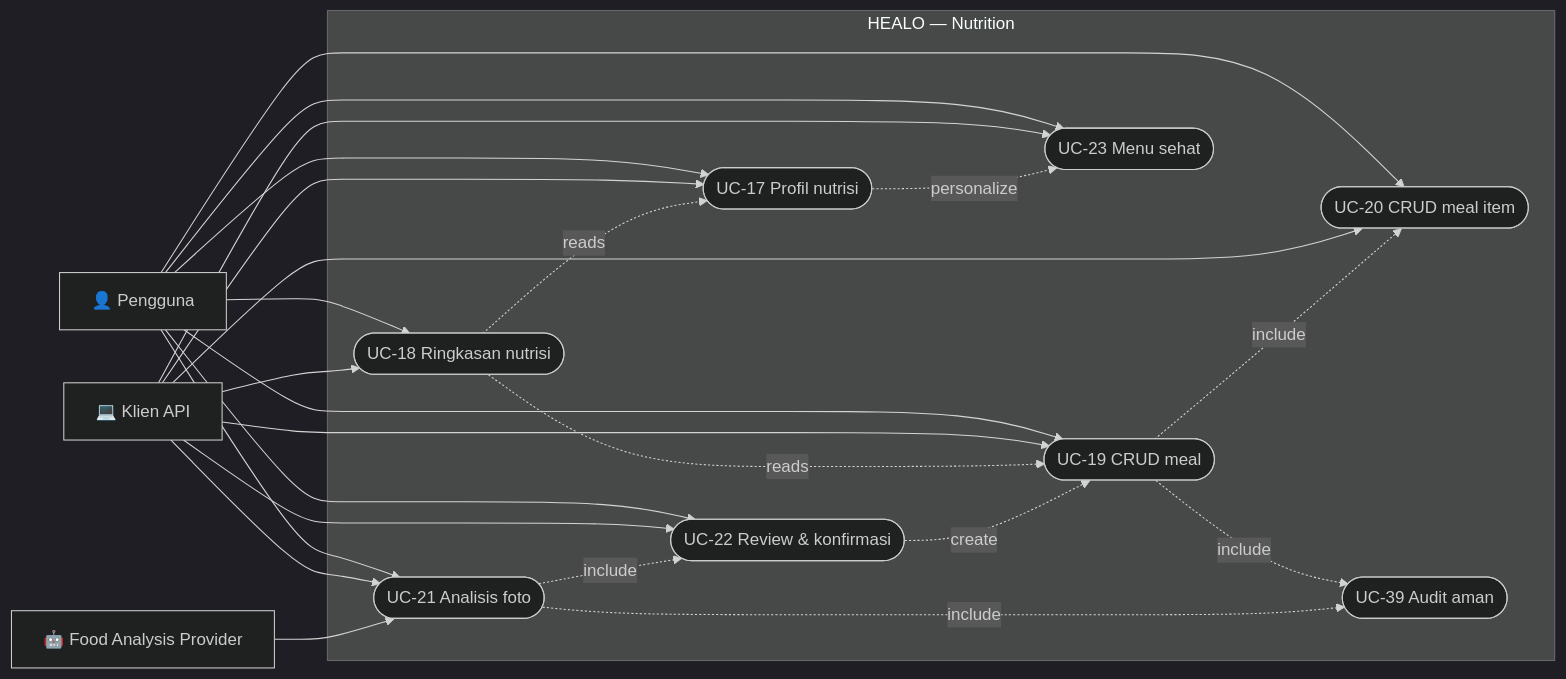
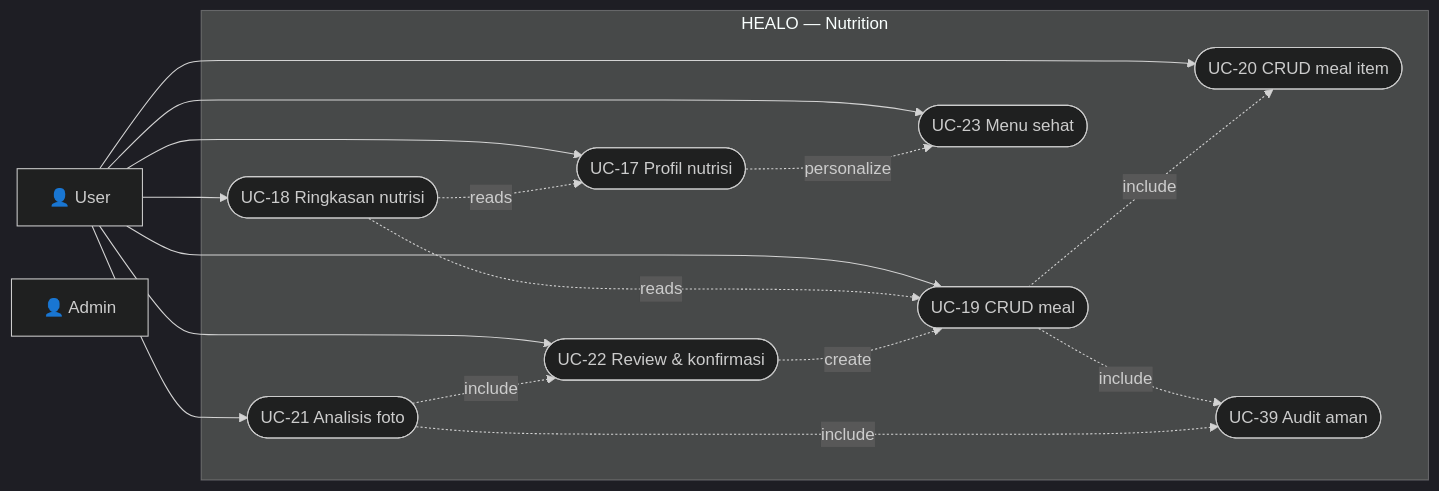
Before and after one commit to Daffa-Qiao/Healo: the third of 6 diagrams in docs/system-analysis/04-use-case-diagrams.md, drawn with Mermaid (dark theme). The commit also changed other lines of this file and 4 other files, not shown here.

Commit message:
renew diagram

````diff
--- a/docs/system-analysis/04-use-case-diagrams.md
+++ b/docs/system-analysis/04-use-case-diagrams.md
@@ -106,41 +95,32 @@
 ```mermaid
 flowchart LR
-    User[👤 Pengguna]
-    Api[💻 Klien API]
-    FoodAI[🤖 Food Analysis Provider]
+    User[👤 User]
+    Admin[👤 Admin]
 
     subgraph HEALO[HEALO — Nutrition]
         UC17([UC-17 Profil nutrisi])
         UC18([UC-18 Ringkasan nutrisi])
         UC19([UC-19 CRUD meal])
         UC20([UC-20 CRUD meal item])
         UC21([UC-21 Analisis foto])
         UC22([UC-22 Review & konfirmasi])
         UC23([UC-23 Menu sehat])
         UC39([UC-39 Audit aman])
     end
 
     User --> UC17
     User --> UC18
     User --> UC19
     User --> UC20
     User --> UC21
     User --> UC22
     User --> UC23
-    Api --> UC17
-    Api --> UC18
-    Api --> UC19
-    Api --> UC20
-    Api --> UC21
-    Api --> UC22
-    Api --> UC23
-    FoodAI --> UC21
     UC18 -. reads .-> UC17
     UC18 -. reads .-> UC19
     UC19 -. include .-> UC20
     UC21 -. include .-> UC22
     UC22 -. create .-> UC19
     UC17 -. personalize .-> UC23
     UC19 -. include .-> UC39
     UC21 -. include .-> UC39
 ```
````
